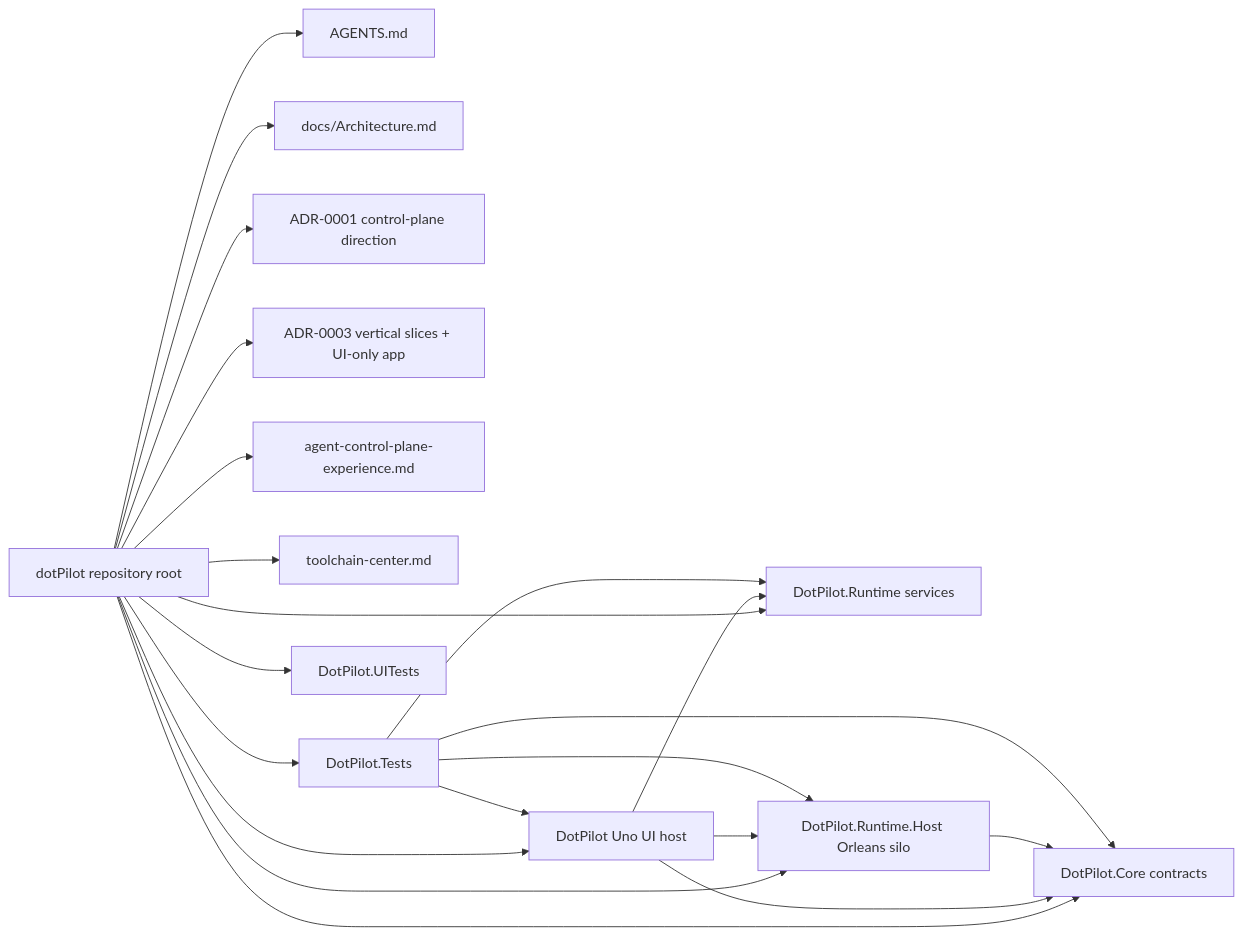
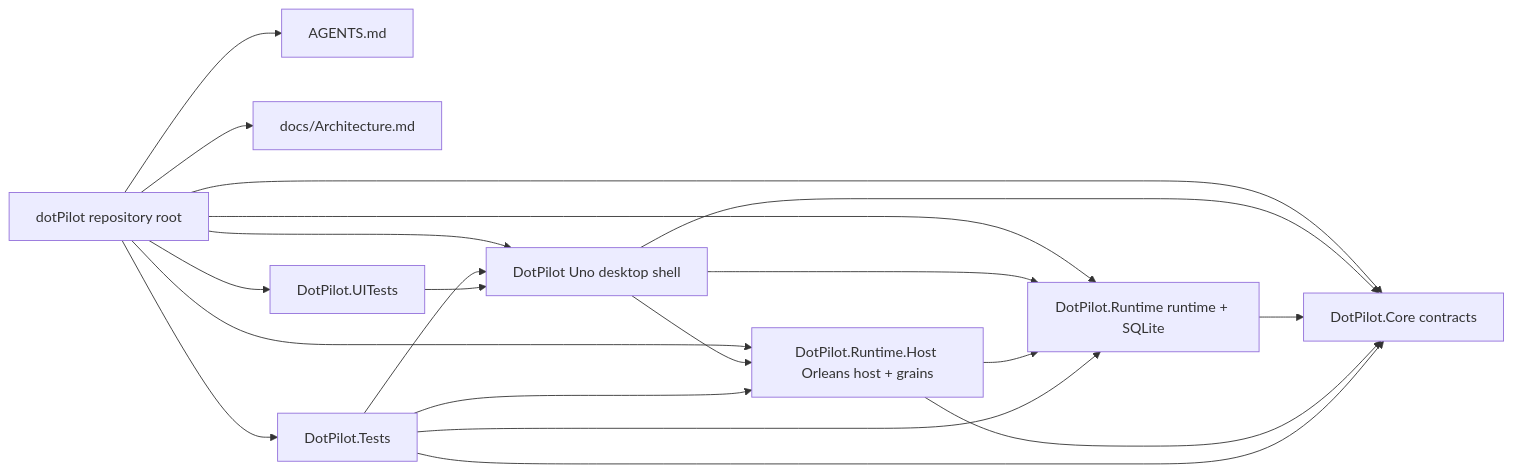
Before and after one commit to managedcode/dotPilot: the first of 4 diagrams in docs/Architecture.md, drawn with Mermaid. The commit also changed other lines of this file and 150 other files, not shown here.

Commit message:
Rewrite app around agent sessions

````diff
--- a/docs/Architecture.md
+++ b/docs/Architecture.md
@@ -30,37 +26,32 @@
 ```mermaid
 flowchart LR
   Root["dotPilot repository root"]
   Governance["AGENTS.md"]
   Architecture["docs/Architecture.md"]
-  Adr1["ADR-0001 control-plane direction"]
-  Adr3["ADR-0003 vertical slices + UI-only app"]
-  Feature["agent-control-plane-experience.md"]
-  Toolchains["toolchain-center.md"]
-  Ui["DotPilot Uno UI host"]
+  Ui["DotPilot Uno desktop shell"]
   Core["DotPilot.Core contracts"]
-  Runtime["DotPilot.Runtime services"]
-  Host["DotPilot.Runtime.Host Orleans silo"]
+  Runtime["DotPilot.Runtime runtime + SQLite"]
+  Host["DotPilot.Runtime.Host Orleans host + grains"]
   Unit["DotPilot.Tests"]
   UiTests["DotPilot.UITests"]
 
   Root --> Governance
   Root --> Architecture
-  Root --> Adr1
-  Root --> Adr3
-  Root --> Feature
-  Root --> Toolchains
   Root --> Ui
   Root --> Core
   Root --> Runtime
   Root --> Host
   Root --> Unit
   Root --> UiTests
   Ui --> Core
   Ui --> Runtime
   Ui --> Host
+  Runtime --> Core
   Host --> Core
+  Host --> Runtime
   Unit --> Ui
   Unit --> Core
   Unit --> Runtime
   Unit --> Host
+  UiTests --> Ui
 ```
````
